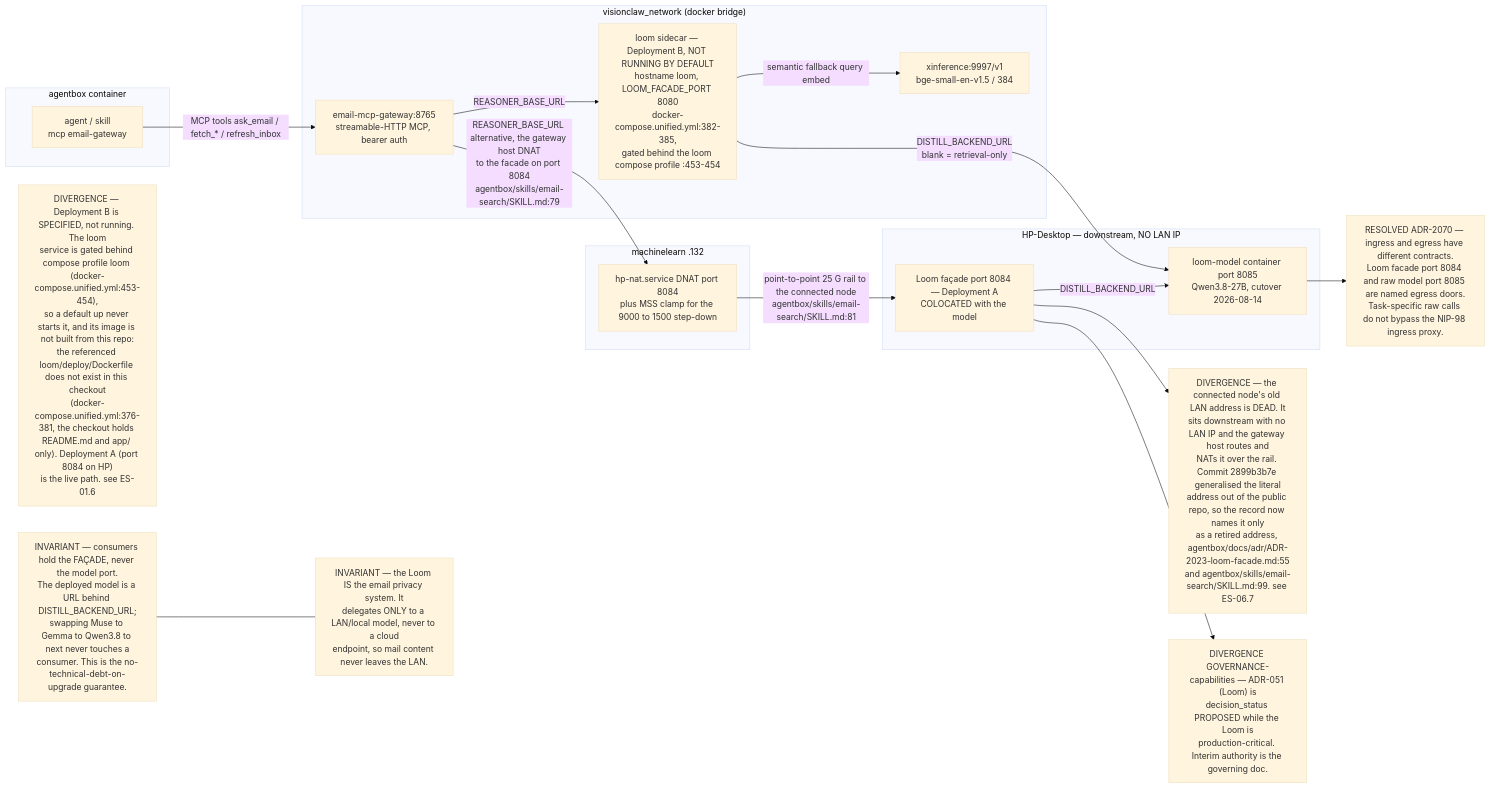
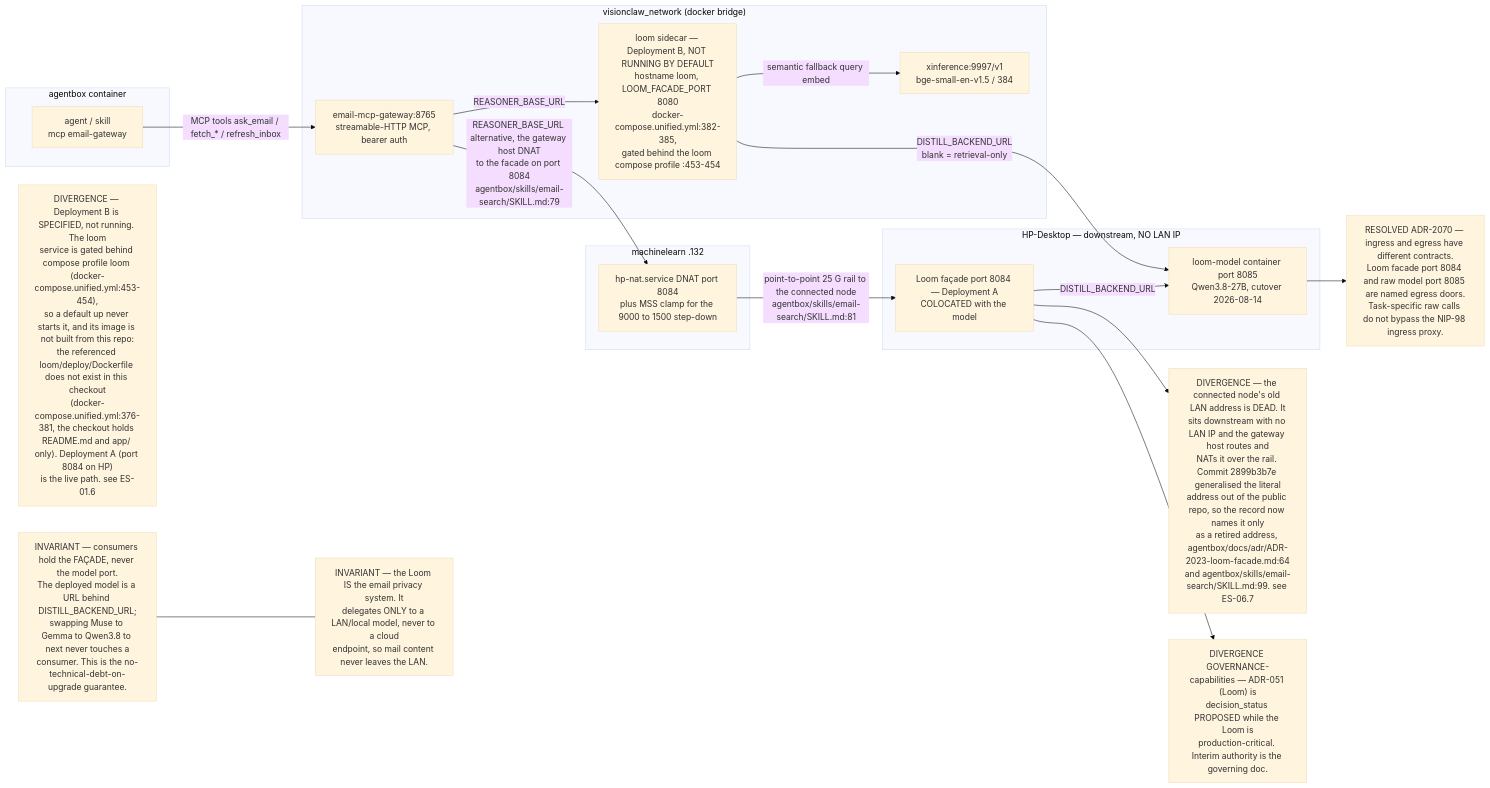
One commit to DreamLab-AI/VisionFlow changed the first of 11 diagrams in docs/diagrams/estate/06-loom-and-email-privacy-path.md. Above: the diagram before and after it, drawn with Mermaid (base theme). The commit also changed other lines of this file and 91 other files, not shown here.

````diff
--- a/docs/diagrams/estate/06-loom-and-email-privacy-path.md
+++ b/docs/diagrams/estate/06-loom-and-email-privacy-path.md
@@ -35,38 +36,38 @@
 ```mermaid
 flowchart LR
     subgraph box["agentbox container"]
         AG["agent / skill<br/>mcp email-gateway"]
     end
     subgraph vcnet["visionclaw_network (docker bridge)"]
         GW["email-mcp-gateway:8765<br/>streamable-HTTP MCP, bearer auth"]
         LOOMB["loom sidecar — Deployment B, NOT RUNNING BY DEFAULT<br/>hostname loom, LOOM_FACADE_PORT 8080<br/>docker-compose.unified.yml:382-385,<br/>gated behind the loom compose profile :453-454"]
         XI["xinference:9997/v1<br/>bge-small-en-v1.5 / 384"]
     end
     subgraph ml["machinelearn .132"]
         DNAT["hp-nat.service DNAT port 8084<br/>plus MSS clamp for the 9000 to 1500 step-down"]
     end
     subgraph hp["HP-Desktop — downstream, NO LAN IP"]
         LOOMA["Loom façade port 8084 — Deployment A<br/>COLOCATED with the model"]
         MODEL["loom-model container port 8085<br/>Qwen3.8-27B, cutover 2026-08-14"]
     end
 
     AG -- "MCP tools ask_email / fetch_* / refresh_inbox" --> GW
     GW -- "REASONER_BASE_URL" --> LOOMB
     GW -- "REASONER_BASE_URL alternative, the gateway host DNAT<br/>to the facade on port 8084<br/>agentbox/skills/email-search/SKILL.md:79" --> DNAT
     DNAT -- "point-to-point 25 G rail to the connected node<br/>agentbox/skills/email-search/SKILL.md:81" --> LOOMA
     LOOMA -- "DISTILL_BACKEND_URL" --> MODEL
     LOOMB -- "DISTILL_BACKEND_URL<br/>blank = retrieval-only" --> MODEL
     LOOMB -- "semantic fallback query embed" --> XI
 
     INV1["INVARIANT — consumers hold the FAÇADE, never the model port.<br/>The deployed model is a URL behind DISTILL_BACKEND_URL;<br/>swapping Muse to Gemma to Qwen3.8 to next never touches a<br/>consumer. This is the no-technical-debt-on-upgrade guarantee."]
     INV2["INVARIANT — the Loom IS the email privacy system. It<br/>delegates ONLY to a LAN/local model, never to a cloud<br/>endpoint, so mail content never leaves the LAN."]
     DIV0["DIVERGENCE — Deployment B is SPECIFIED, not running. The loom<br/>service is gated behind compose profile loom (docker-compose.unified.yml:453-454),<br/>so a default up never starts it, and its image is not built from this repo:<br/>the referenced loom/deploy/Dockerfile does not exist in this checkout<br/>(docker-compose.unified.yml:376-381, the checkout holds README.md and app/ only). Deployment A (port 8084 on HP)<br/>is the live path. see ES-01.6"]
-    DIV1["DIVERGENCE — the connected node's old LAN address is DEAD. It<br/>sits downstream with no LAN IP and the gateway host routes and<br/>NATs it over the rail. Commit 2899b3b7e generalised the literal<br/>address out of the public repo, so the record now names it only<br/>as a retired address, agentbox/docs/adr/ADR-2023-loom-facade.md:55<br/>and agentbox/skills/email-search/SKILL.md:99. see ES-06.7"]
+    DIV1["DIVERGENCE — the connected node's old LAN address is DEAD. It<br/>sits downstream with no LAN IP and the gateway host routes and<br/>NATs it over the rail. Commit 2899b3b7e generalised the literal<br/>address out of the public repo, so the record now names it only<br/>as a retired address, agentbox/docs/adr/ADR-2023-loom-facade.md:64<br/>and agentbox/skills/email-search/SKILL.md:99. see ES-06.7"]
     DIV2["DIVERGENCE GOVERNANCE-capabilities — ADR-051 (Loom) is<br/>decision_status PROPOSED while the Loom is<br/>production-critical. Interim authority is the governing doc."]
     DIV3["RESOLVED ADR-2070 — ingress and egress have different contracts.<br/>Loom facade port 8084 and raw model port 8085 are named egress doors.<br/>Task-specific raw calls do not bypass the NIP-98 ingress proxy."]
 
     INV1 --- INV2
     LOOMA --> DIV1
     LOOMA --> DIV2
     MODEL --> DIV3
 ```
````
